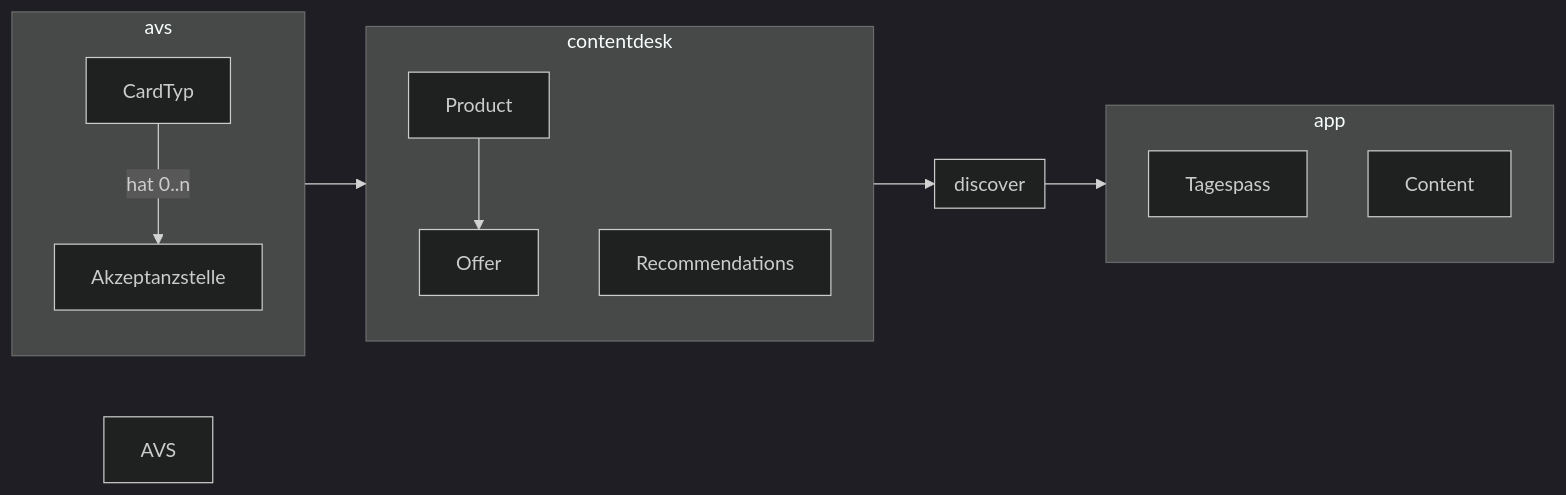
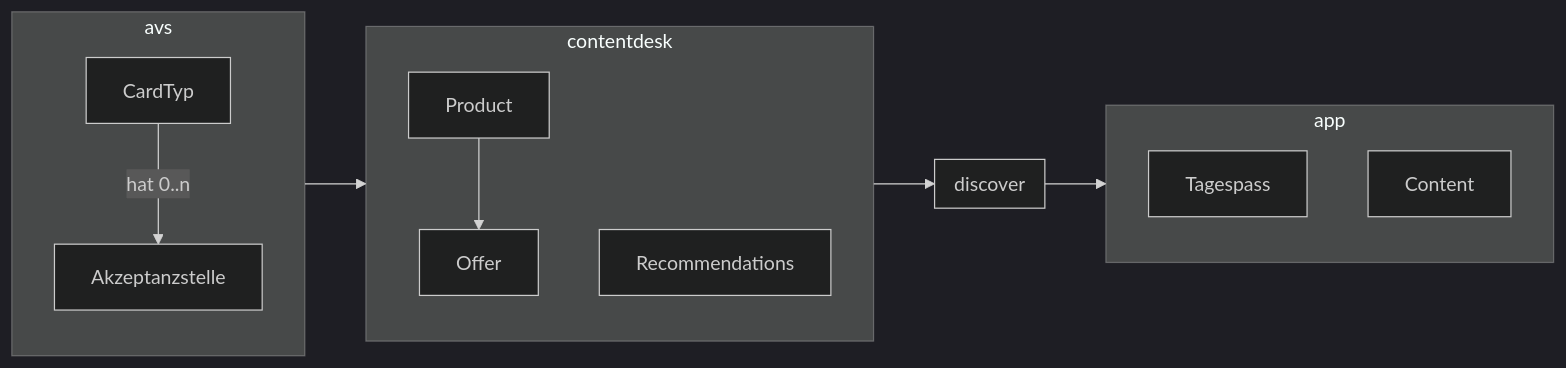
The second of 8 diagrams in docs/dev/projects/glarnerlandApp.md (tsolenthaler/docs.contentdesk.io), drawn with Mermaid (dark theme) before and after one commit. The commit also changed other lines of this file, not shown here.

Commit message:
Refactor graph orientation to top-down in glarnerlandApp.md and remove SystemAVS from the graph

````diff
--- a/docs/dev/projects/glarnerlandApp.md
+++ b/docs/dev/projects/glarnerlandApp.md
@@ -36,27 +36,26 @@
 ``` mermaid
 graph LR
-    SystemAVS[AVS]
     subgraph avs
         direction TB
         CardTyp --> | hat 0..n| Akzeptanzstelle
     end
     subgraph contentdesk
         direction TB
         Product --> Offer
         Recommendations
     end
     subgraph discover
         direction TB
         Product
         Recommendations
     end
     subgraph app
         direction TB
         Tagespass
         Content
     end
 
     avs --> contentdesk
     contentdesk --> discover
     discover --> app
 ```
````
